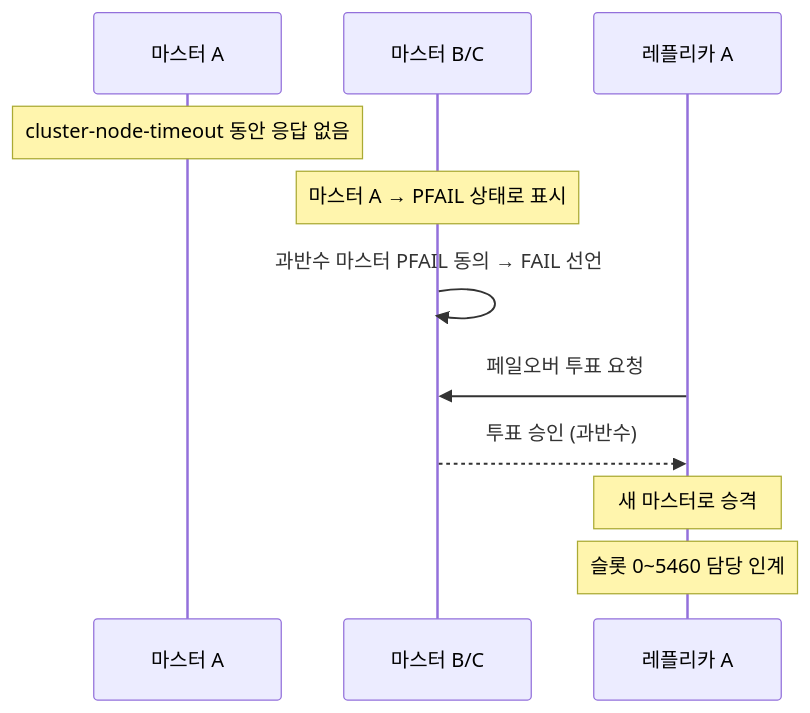
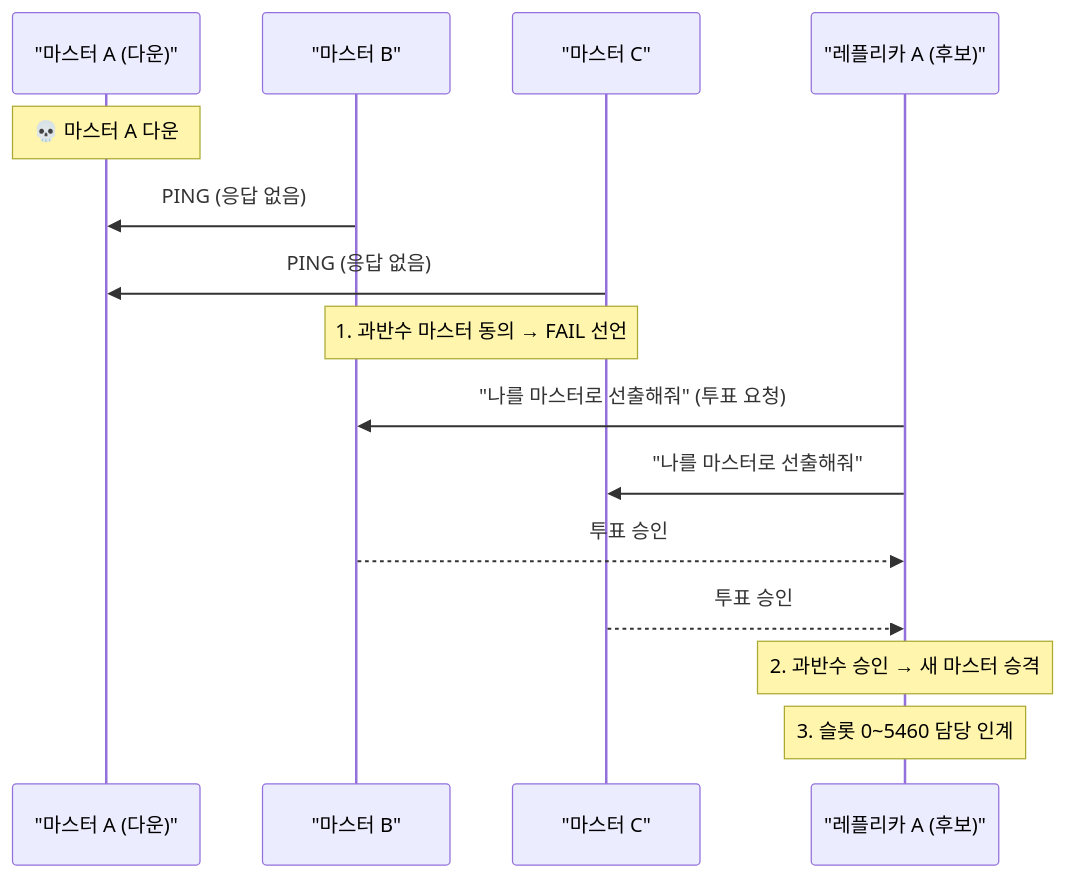
Before and after one commit to yjkim2015/yjkim2015.github.io: the fifth of 6 diagrams in _posts/redis/2026-05-01-redis-cluster-sentinel.md, drawn with Mermaid. The commit also changed other lines of this file and 122 other files, not shown here.

````diff
--- a/_posts/redis/2026-05-01-redis-cluster-sentinel.md
+++ b/_posts/redis/2026-05-01-redis-cluster-sentinel.md
@@ -417,14 +257,18 @@
 ```mermaid
 sequenceDiagram
-    participant MA as 마스터 A
-    participant MB as 마스터 B/C
-    participant RA as 레플리카 A
+    participant MA as "마스터 A (다운)"
+    participant MB as "마스터 B"
+    participant MC as "마스터 C"
+    participant RA as "레플리카 A (후보)"
 
-    Note over MA: cluster-node-timeout 동안 응답 없음
-    Note over MB: 마스터 A → PFAIL 상태로 표시
-    MB->>MB: 과반수 마스터 PFAIL 동의 → FAIL 선언
-    RA->>MB: 페일오버 투표 요청
-    MB-->>RA: 투표 승인 (과반수)
-    Note over RA: 새 마스터로 승격
-    Note over RA: 슬롯 0~5460 담당 인계
+    Note over MA: 💀 마스터 A 다운
+    MB->>MA: PING (응답 없음)
+    MC->>MA: PING (응답 없음)
+    Note over MB,MC: 1. 과반수 마스터 동의 → FAIL 선언
+    RA->>MB: "나를 마스터로 선출해줘" (투표 요청)
+    RA->>MC: "나를 마스터로 선출해줘"
+    MB-->>RA: 투표 승인
+    MC-->>RA: 투표 승인
+    Note over RA: 2. 과반수 승인 → 새 마스터 승격
+    Note over RA: 3. 슬롯 0~5460 담당 인계
 ```
````
